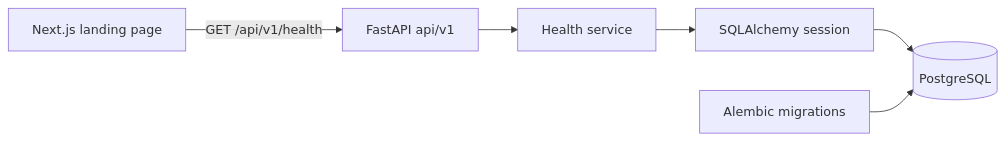
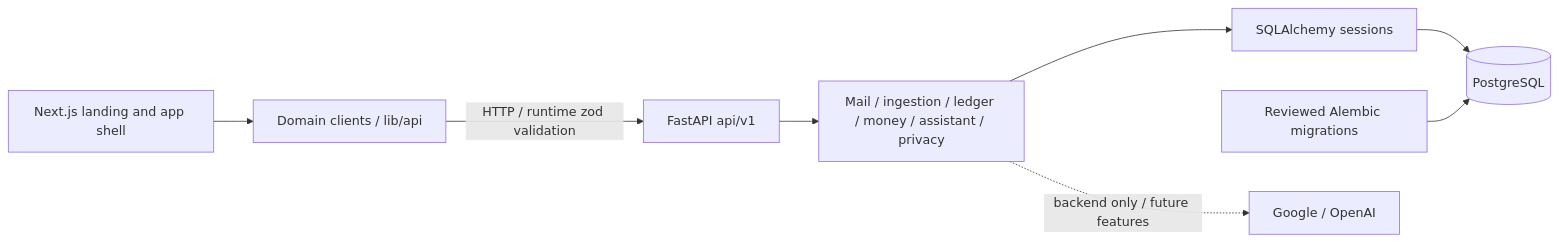
Before and after one commit to Sahal-P/ai_boomi_backend: the diagram in docs/architecture.md, drawn with Mermaid. The commit also changed other lines of this file and 81 other files, not shown here.

Commit message:
Phase 1 scaffold: contracts, schema, stubs

````diff
--- a/docs/architecture.md
+++ b/docs/architecture.md
@@ -7,8 +7,10 @@
 ```mermaid
 flowchart LR
-  Browser[Next.js landing page] -->|GET /api/v1/health| Routes[FastAPI api/v1]
-  Routes --> Health[Health service]
-  Health --> Session[SQLAlchemy session]
+  Browser[Next.js landing and app shell] --> Client[Domain clients / lib/api]
+  Client -->|HTTP / runtime zod validation| Routes[FastAPI api/v1]
+  Routes --> Services[Mail / ingestion / ledger / money / assistant / privacy]
+  Services --> Session[SQLAlchemy sessions]
   Session --> Postgres[(PostgreSQL)]
-  Alembic[Alembic migrations] --> Postgres
+  Alembic[Reviewed Alembic migrations] --> Postgres
+  Services -. backend only / future features .-> Providers[Google / OpenAI]
 ```
````
